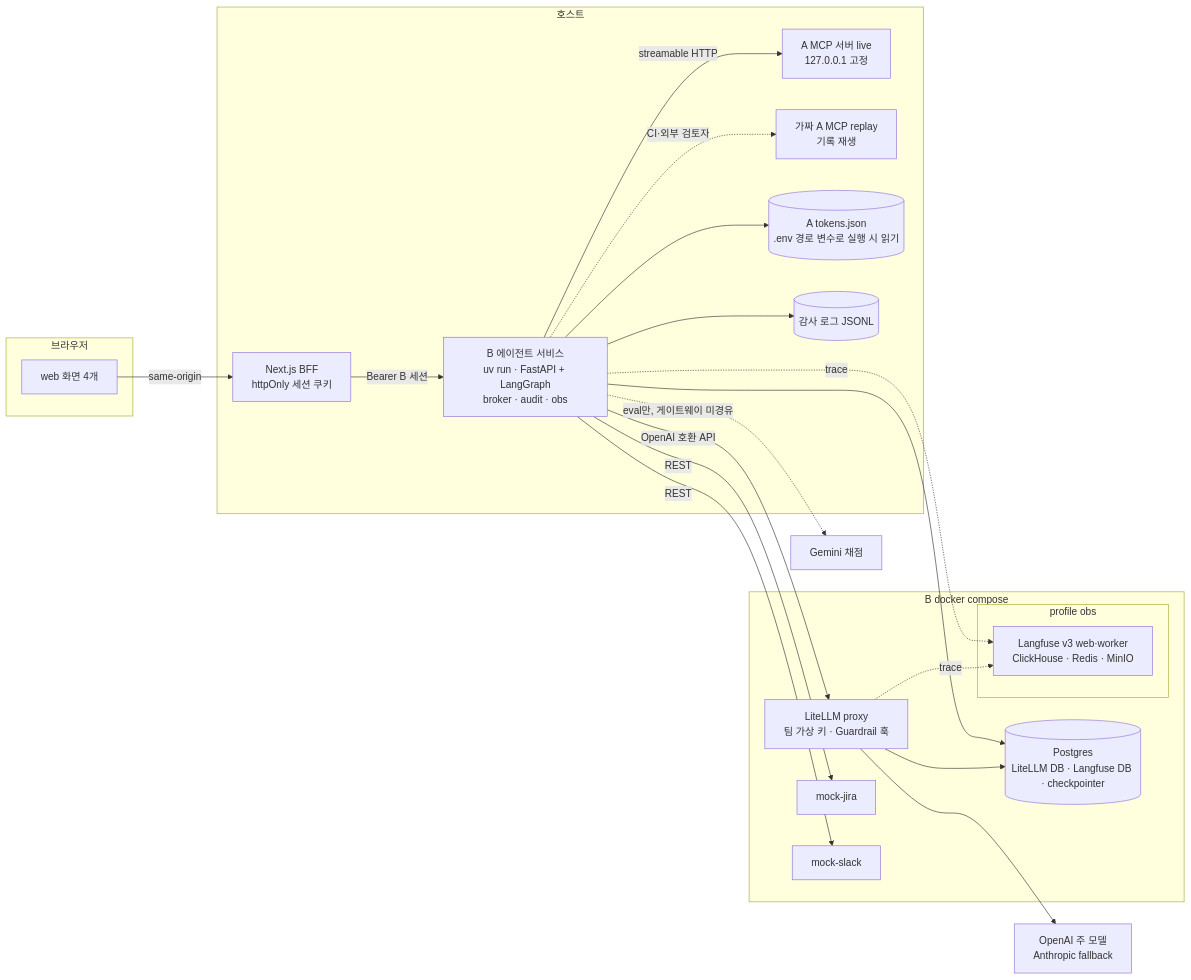
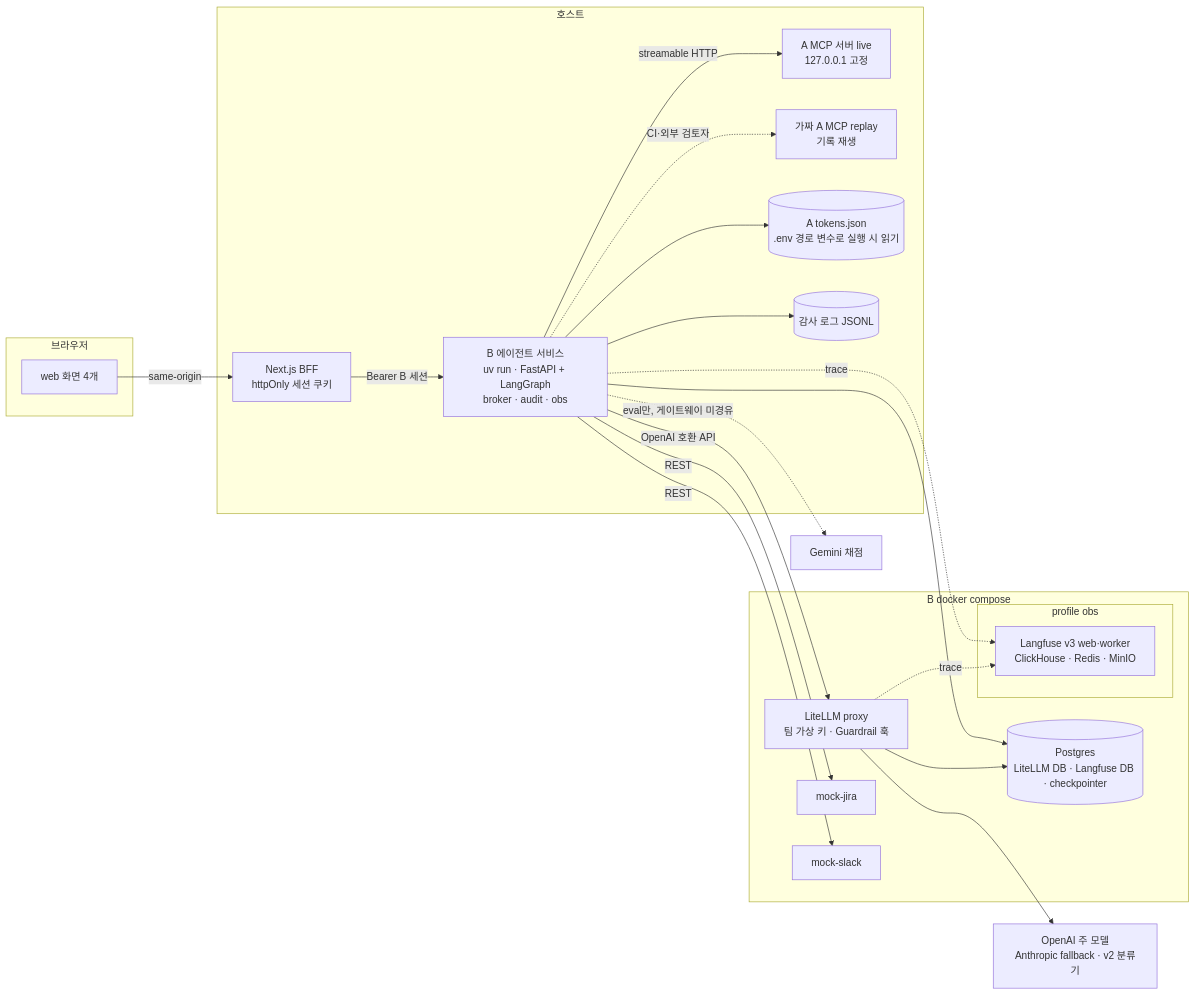
The first of 4 diagrams in docs/ARCHITECTURE.md (apinkpanda722/governed-ops-agent), drawn with Mermaid before and after one commit. The commit also changed other lines of this file and 5 other files, not shown here.

````diff
--- a/docs/ARCHITECTURE.md
+++ b/docs/ARCHITECTURE.md
@@ -44,39 +44,39 @@
 ```mermaid
 flowchart LR
   subgraph Browser[브라우저]
     UI[web 화면 4개]
   end
   subgraph Host[호스트]
     BFF[Next.js BFF<br/>httpOnly 세션 쿠키]
     SVC[B 에이전트 서비스<br/>uv run · FastAPI + LangGraph<br/>broker · audit · obs]
     ALIVE[A MCP 서버 live<br/>127.0.0.1 고정]
     AREPLAY[가짜 A MCP replay<br/>기록 재생]
     TOK[(A tokens.json<br/>.env 경로 변수로 실행 시 읽기)]
     AUD[(감사 로그 JSONL)]
   end
   subgraph Compose[B docker compose]
     LLM[LiteLLM proxy<br/>팀 가상 키 · Guardrail 훅]
     PG[(Postgres<br/>LiteLLM DB · Langfuse DB · checkpointer)]
     MJ[mock-jira]
     MS[mock-slack]
     subgraph OBS[profile obs]
       LF[Langfuse v3 web·worker<br/>ClickHouse · Redis · MinIO]
     end
   end
-  PROV[OpenAI 주 모델<br/>Anthropic fallback]
+  PROV[OpenAI 주 모델<br/>Anthropic fallback · v2 분류기]
   GEM[Gemini 채점]
 
   UI -->|same-origin| BFF -->|Bearer B 세션| SVC
   SVC -->|streamable HTTP| ALIVE
   SVC -.->|CI·외부 검토자| AREPLAY
   SVC --> TOK
   SVC --> AUD
   SVC -->|REST| MJ
   SVC -->|REST| MS
   SVC -->|OpenAI 호환 API| LLM --> PROV
   LLM --> PG
   LLM -.->|trace| LF
   SVC --> PG
   SVC -.->|trace| LF
   SVC -.->|eval만, 게이트웨이 미경유| GEM
 ```
````
